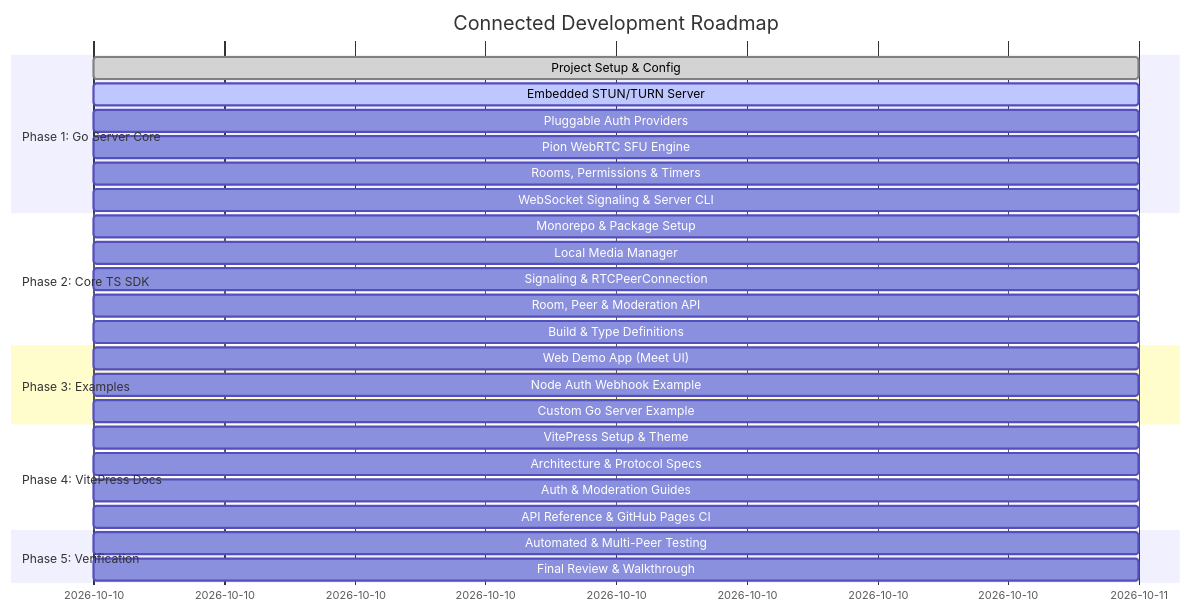
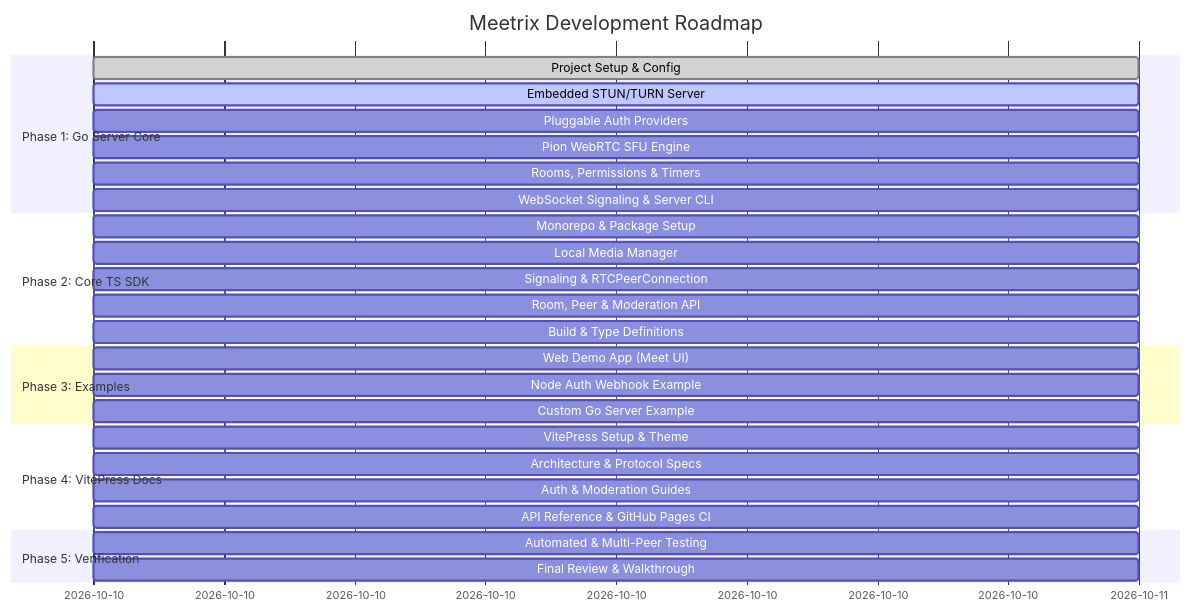
The diagram in ROADMAP.md (IsmaCortGtz/meetrix), drawn with Mermaid before and after one commit. The commit also changed other lines of this file and 97 other files, not shown here.

````diff
--- a/ROADMAP.md
+++ b/ROADMAP.md
@@ -5,30 +5,30 @@
 ```mermaid
 gantt
-    title Connected Development Roadmap
+    title Meetrix Development Roadmap
     dateFormat  YYYY-MM-DD
     section Phase 1: Go Server Core
     Project Setup & Config          :done, p1_1, 2026-10-10, 1d
     Embedded STUN/TURN Server       :active, p1_2, 2026-10-10, 1d
     Pluggable Auth Providers        :p1_3, 2026-10-10, 1d
     Pion WebRTC SFU Engine          :p1_4, 2026-10-10, 1d
     Rooms, Permissions & Timers     :p1_5, 2026-10-10, 1d
     WebSocket Signaling & Server CLI:p1_6, 2026-10-10, 1d
     section Phase 2: Core TS SDK
     Monorepo & Package Setup        :p2_1, 2026-10-10, 1d
     Local Media Manager             :p2_2, 2026-10-10, 1d
     Signaling & RTCPeerConnection   :p2_3, 2026-10-10, 1d
     Room, Peer & Moderation API     :p2_4, 2026-10-10, 1d
     Build & Type Definitions        :p2_5, 2026-10-10, 1d
     section Phase 3: Examples
     Web Demo App (Meet UI)          :p3_1, 2026-10-10, 1d
     Node Auth Webhook Example       :p3_2, 2026-10-10, 1d
     Custom Go Server Example        :p3_3, 2026-10-10, 1d
     section Phase 4: VitePress Docs
     VitePress Setup & Theme         :p4_1, 2026-10-10, 1d
     Architecture & Protocol Specs   :p4_2, 2026-10-10, 1d
     Auth & Moderation Guides        :p4_3, 2026-10-10, 1d
     API Reference & GitHub Pages CI :p4_4, 2026-10-10, 1d
     section Phase 5: Verification
     Automated & Multi-Peer Testing  :p5_1, 2026-10-10, 1d
     Final Review & Walkthrough      :p5_2, 2026-10-10, 1d
 ```
````
